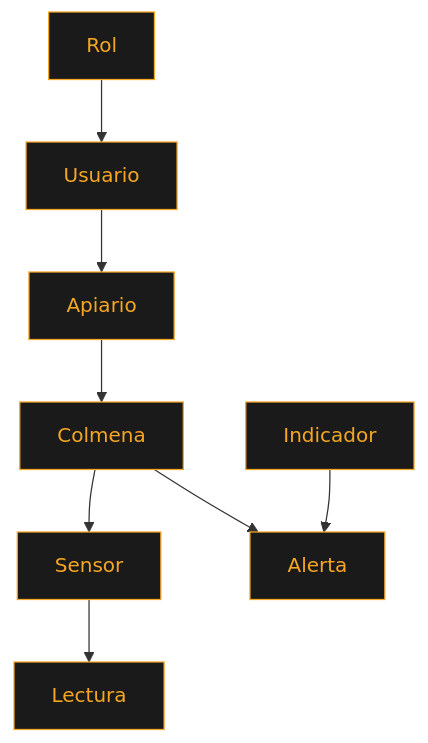
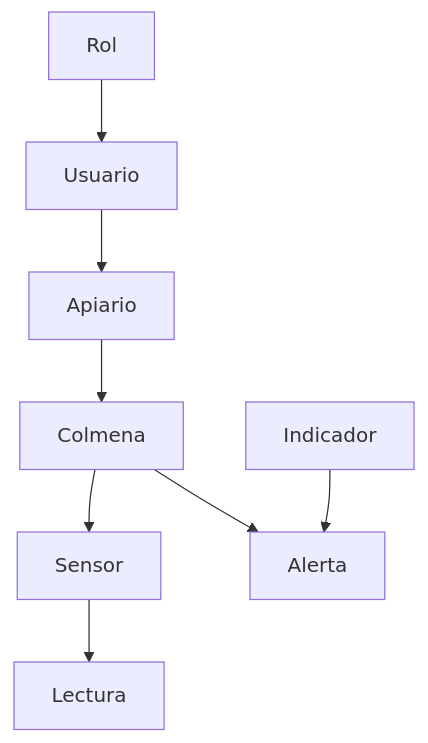
One commit to jeronimoparra-ai/BeeStation_Sena changed the second of 2 diagrams in README.md. Above: the diagram before and after it, drawn with Mermaid. The commit also changed other lines of this file, not shown here.

````diff
--- a/README.md
+++ b/README.md
@@ -169,19 +79,10 @@
 ```mermaid
 flowchart TD
     Rol --> Usuario
     Usuario --> Apiario
     Apiario --> Colmena
     Colmena --> Sensor
     Sensor --> Lectura
     Colmena --> Alerta
     Indicador --> Alerta
-
-    style Rol fill:#1a1a1a,stroke:#F5A623,color:#F5A623
-    style Usuario fill:#1a1a1a,stroke:#F5A623,color:#F5A623
-    style Apiario fill:#1a1a1a,stroke:#F5A623,color:#F5A623
-    style Colmena fill:#1a1a1a,stroke:#F5A623,color:#F5A623
-    style Sensor fill:#1a1a1a,stroke:#F5A623,color:#F5A623
-    style Lectura fill:#1a1a1a,stroke:#F5A623,color:#F5A623
-    style Indicador fill:#1a1a1a,stroke:#F5A623,color:#F5A623
-    style Alerta fill:#1a1a1a,stroke:#F5A623,color:#F5A623
 ```
````
